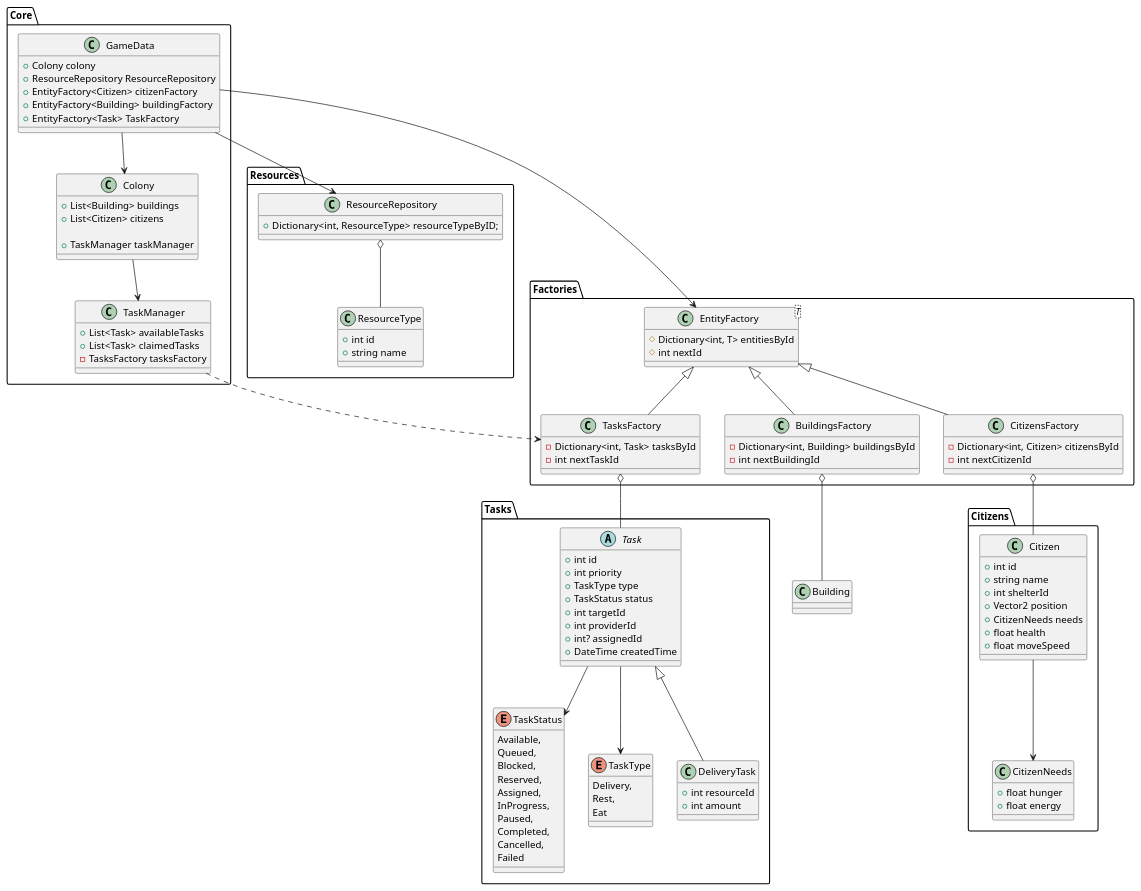
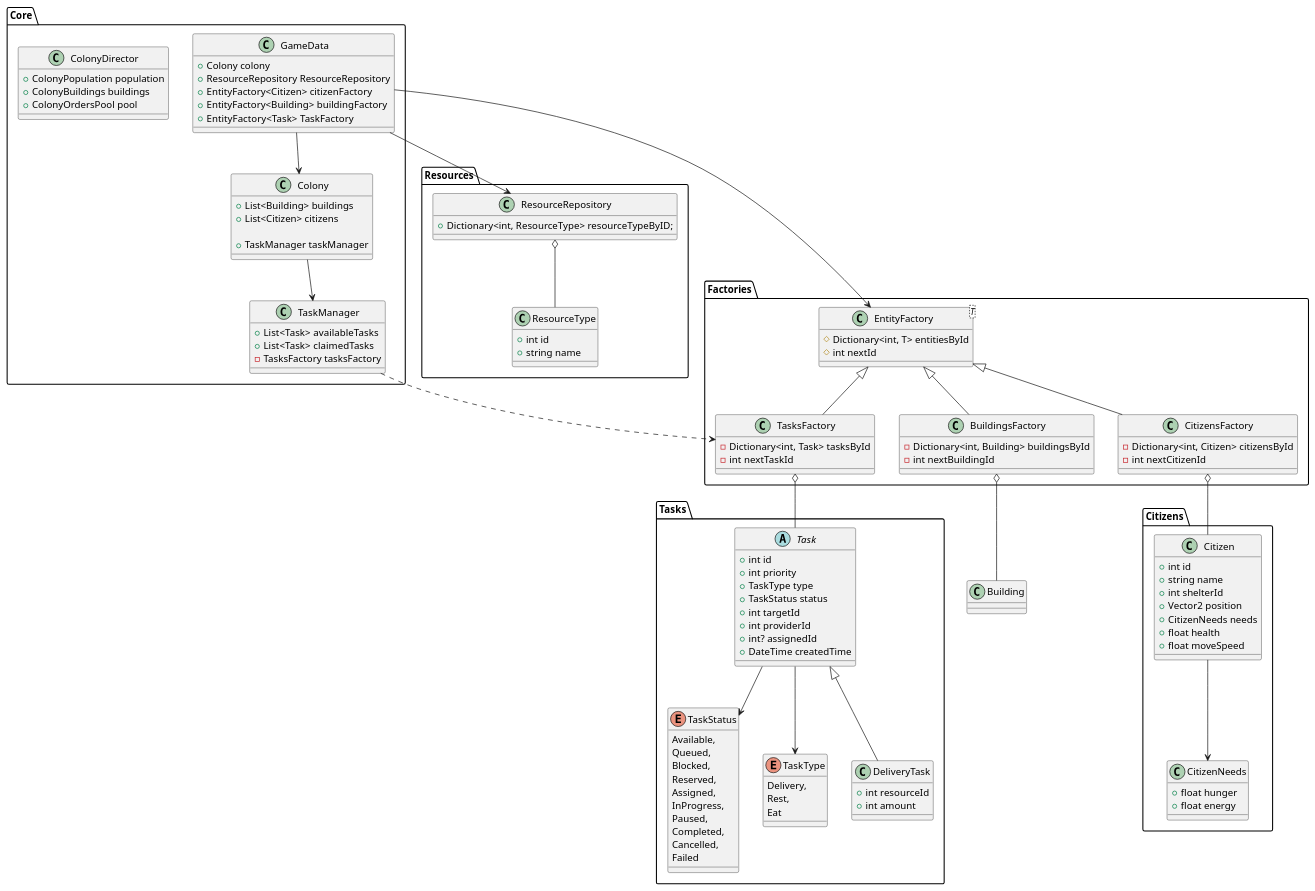
One commit to minusrep/Pivo-UML changed the diagram in Colony/Core.puml. Above: the diagram before and after it, drawn with PlantUML. The commit also changed 4 other files, not shown here.

```diff
--- a/Colony/Core.puml
+++ b/Colony/Core.puml
@@ -1,159 +1,166 @@
 @startuml
 
 package "Core"
 {
     class GameData
     {
         +Colony colony
         +ResourceRepository ResourceRepository
         +EntityFactory<Citizen> citizenFactory
         +EntityFactory<Building> buildingFactory
         +EntityFactory<Task> TaskFactory
     }
     
     class Colony 
     {
         +List<Building> buildings
         +List<Citizen> citizens
         
         +TaskManager taskManager
+    }
+    
+    class ColonyDirector
+    {
+        +ColonyPopulation population
+        +ColonyBuildings buildings
+        +ColonyOrdersPool pool
     }
     
     class TaskManager
     {
         +List<Task> availableTasks
         +List<Task> claimedTasks
         -TasksFactory tasksFactory
     }
 }
 
 package "Factories"
 {
     class EntityFactory<T>
     {
         #Dictionary<int, T> entitiesById
         #int nextId
     } 
     
     class TasksFactory
     {
         -Dictionary<int, Task> tasksById
         -int nextTaskId
     }
     
     class BuildingsFactory
     {
         -Dictionary<int, Building> buildingsById
         -int nextBuildingId
     }
 
     class CitizensFactory
     {
         -Dictionary<int, Citizen> citizensById
         -int nextCitizenId
     }
     
     EntityFactory <|-- CitizensFactory
     EntityFactory <|-- BuildingsFactory
     EntityFactory <|-- TasksFactory
 }
 
 
 package "Resources" 
 {
     class ResourceType
     {
         +int id
         +string name
     }
     
     class ResourceRepository
     {
         +Dictionary<int, ResourceType> resourceTypeByID;
     }
     
     ResourceRepository o-- ResourceType
 }
 
 package "Tasks"
 {
     abstract class Task
     {
         +int id
         +int priority
         +TaskType type
         +TaskStatus status
         +int targetId
         +int providerId
         +int? assignedId
         +DateTime createdTime
     }
     
     enum TaskStatus
     {
         Available,
         Queued,
         Blocked,
         Reserved,
         Assigned,
         InProgress,
         Paused,
         Completed,
         Cancelled,
         Failed
     }
     
     enum TaskType
     {
         Delivery,
         Rest,
         Eat
     }
     
     class DeliveryTask
     {
         +int resourceId
         +int amount
     }
     
     Task --> TaskStatus
     Task --> TaskType
     
     Task <|-- DeliveryTask
 }
 
 package "Citizens" 
 {
     class Citizen
     {
         +int id
         +string name
         +int shelterId
         +Vector2 position
         +CitizenNeeds needs
         +float health
         +float moveSpeed
     }
     
     class CitizenNeeds
     {
         +float hunger
         +float energy
     }
     
     Citizen --> CitizenNeeds
 }
 
 GameData --> Colony
 GameData --> ResourceRepository
 TaskManager ..> TasksFactory
 
 CitizensFactory o-- Citizen
 BuildingsFactory o-- Building
 TasksFactory o-- Task
 
 Colony --> TaskManager
 
 GameData --> EntityFactory
 
 @enduml
```
